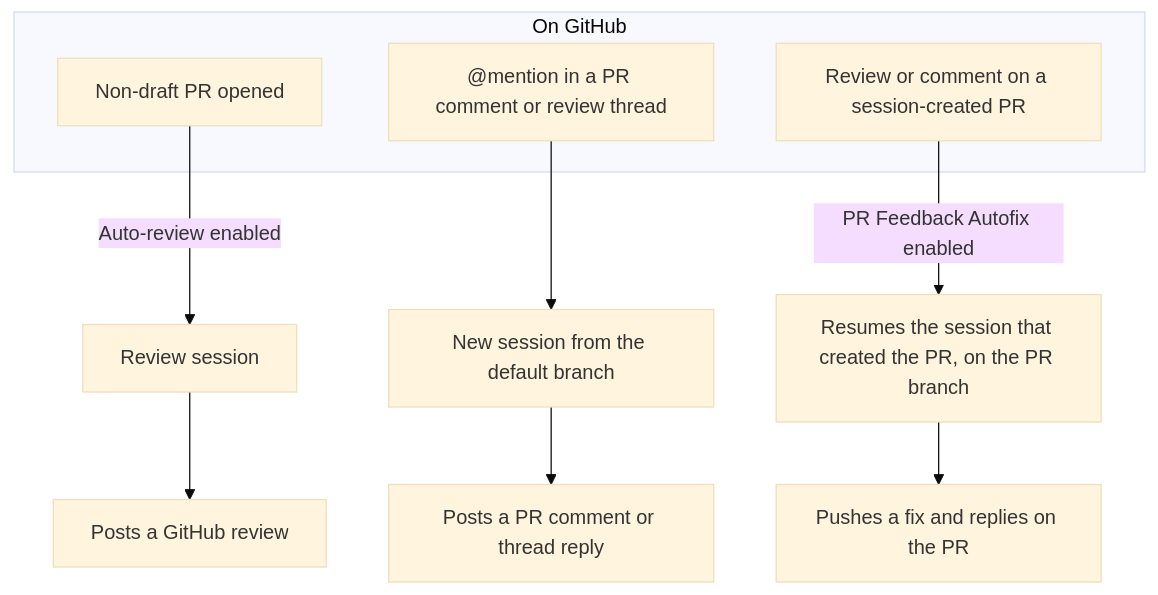
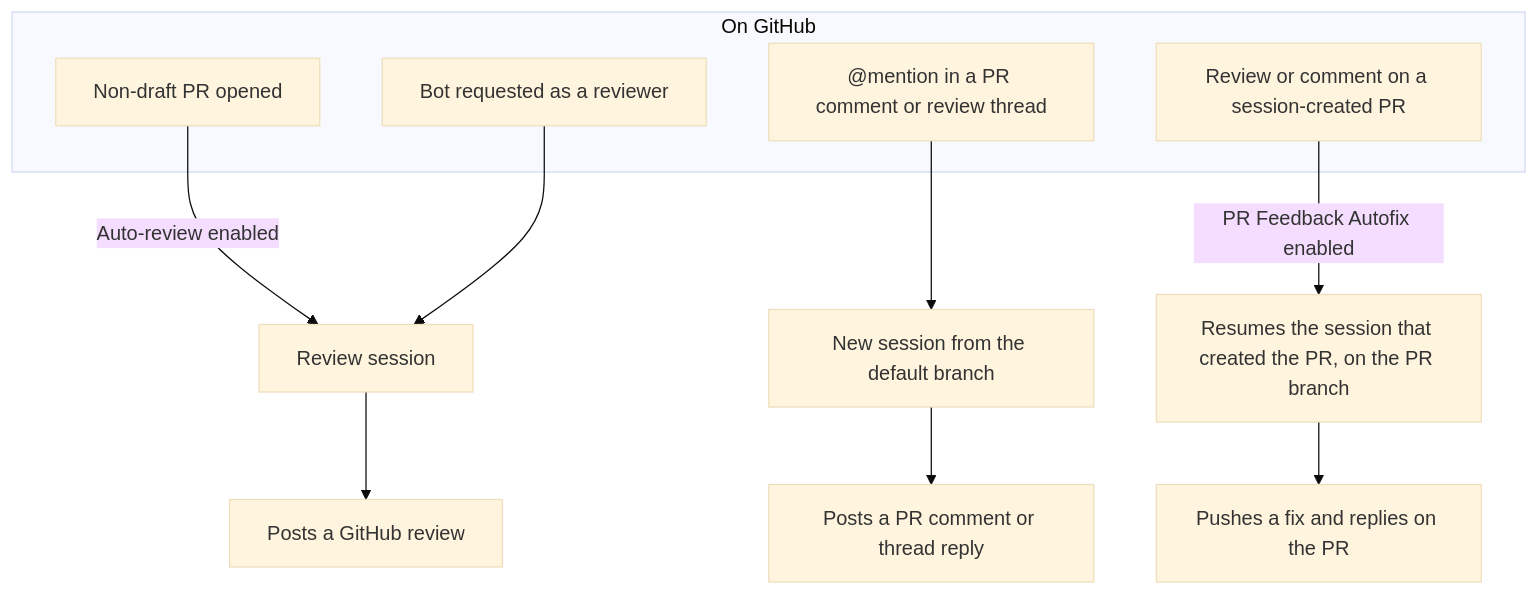
Before and after one commit to ColeMurray/background-agents: the diagram in packages/docs/content/docs/integrations/github.mdx, drawn with Mermaid (base theme). The commit also changed other lines of this file and 49 other files, not shown here.

````diff
--- a/packages/docs/content/docs/integrations/github.mdx
+++ b/packages/docs/content/docs/integrations/github.mdx
@@ -50,14 +52,16 @@
 ```mermaid
 flowchart TB
     subgraph github["On GitHub"]
         opened["Non-draft PR opened"]
+        requested["Bot requested as a reviewer"]
         mention["@mention in a PR comment or review thread"]
         feedback["Review or comment on a session-created PR"]
     end
     opened -->|Auto-review enabled| review["Review session"]
+    requested --> review
     review --> posted["Posts a GitHub review"]
     mention --> fresh["New session from the default branch"]
     fresh --> answer["Posts a PR comment or thread reply"]
     feedback -->|PR Feedback Autofix enabled| resume["Resumes the session that created the PR, on the PR branch"]
     resume --> push["Pushes a fix and replies on the PR"]
 ```
````
